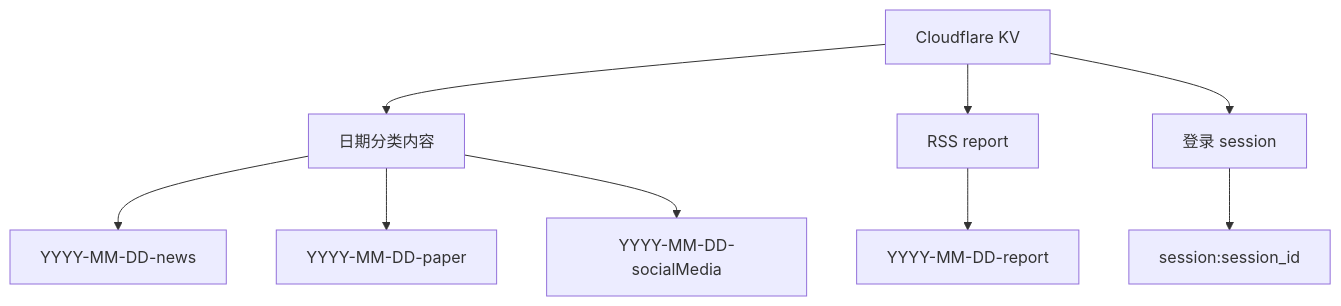
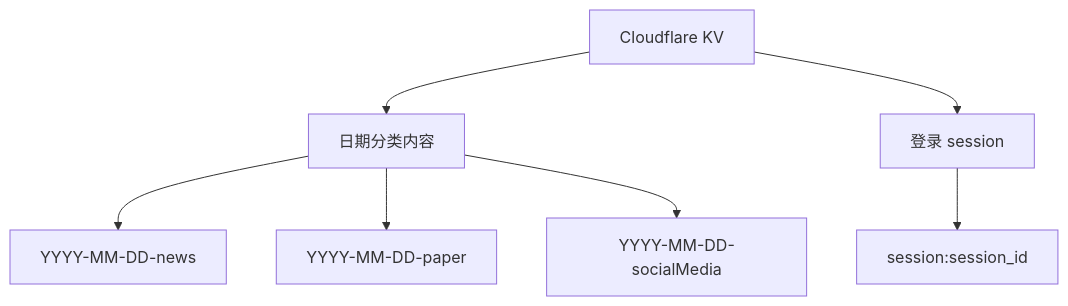
One commit to wenson/CloudFlare-AI-Insight-Daily changed the first of 2 diagrams in docs/KV_KEYS.md. Above: the diagram before and after it, drawn with Mermaid. The commit also changed other lines of this file and 19 other files, not shown here.

````diff
--- a/docs/KV_KEYS.md
+++ b/docs/KV_KEYS.md
@@ -11,14 +11,12 @@
 ```mermaid
 flowchart TD
     A[Cloudflare KV]
     A --> B[日期分类内容]
-    A --> C[RSS report]
-    A --> D[登录 session]
+    A --> C[登录 session]
 
     B --> B1[YYYY-MM-DD-news]
     B --> B2[YYYY-MM-DD-paper]
     B --> B3[YYYY-MM-DD-socialMedia]
 
-    C --> C1[YYYY-MM-DD-report]
-    D --> D1[session:session_id]
+    C --> C1[session:session_id]
 ```
````
